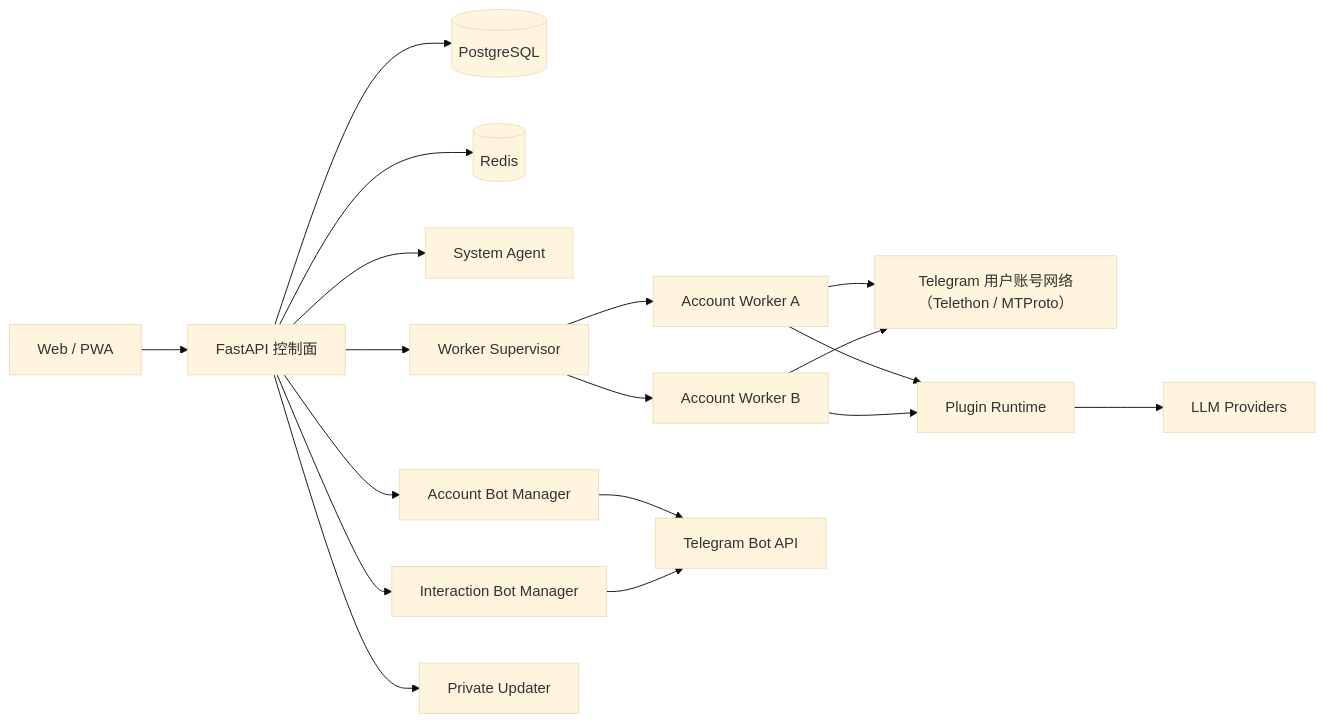
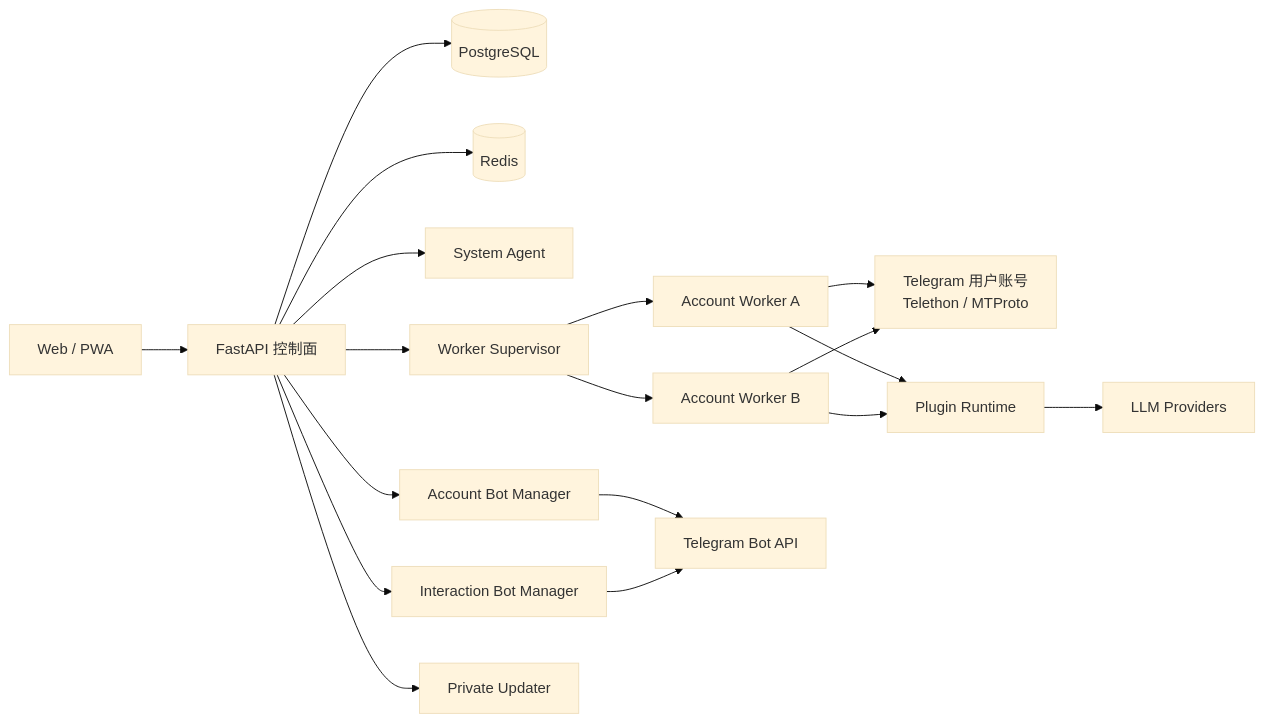
The diagram in README.md (Anoyou/Telebot), drawn with Mermaid (base theme) before and after one commit. The commit also changed other lines of this file and 5 other files, not shown here.

Commit message:
文档：重构首页 README 并补充运行图

````diff
--- a/README.md
+++ b/README.md
@@ -78,20 +90,20 @@
 ```mermaid
 flowchart LR
   UI["Web / PWA"] --> API["FastAPI 控制面"]
   API --> PG[("PostgreSQL")]
   API --> Redis[("Redis")]
   API --> Agent["System Agent"]
   API --> Supervisor["Worker Supervisor"]
   Supervisor --> W1["Account Worker A"]
   Supervisor --> W2["Account Worker B"]
-  W1 --> TG["Telegram 用户账号网络（Telethon / MTProto）"]
+  W1 --> TG["Telegram 用户账号<br/>Telethon / MTProto"]
   W2 --> TG
   W1 --> Plugins["Plugin Runtime"]
   W2 --> Plugins
   Plugins --> LLM["LLM Providers"]
   API --> AccountBot["Account Bot Manager"]
   API --> InteractionBot["Interaction Bot Manager"]
   AccountBot --> BotAPI["Telegram Bot API"]
   InteractionBot --> BotAPI
   API --> Updater["Private Updater"]
 ```
````
